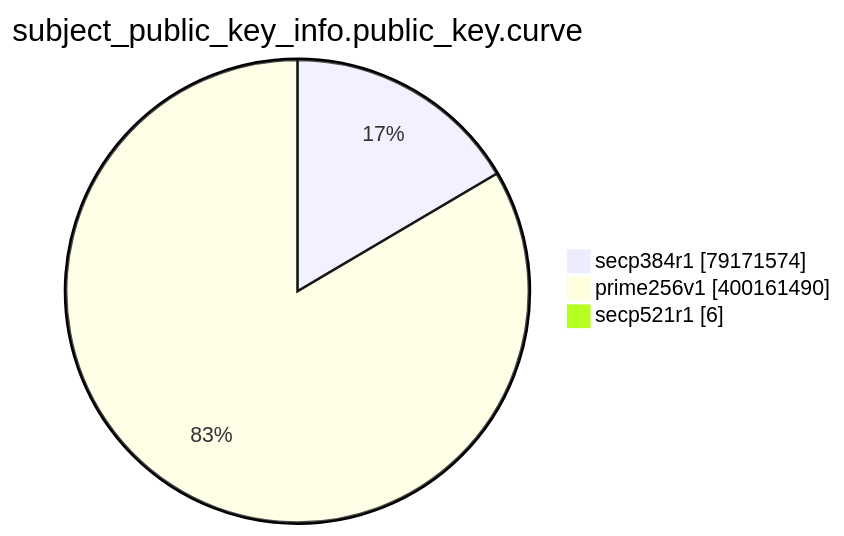
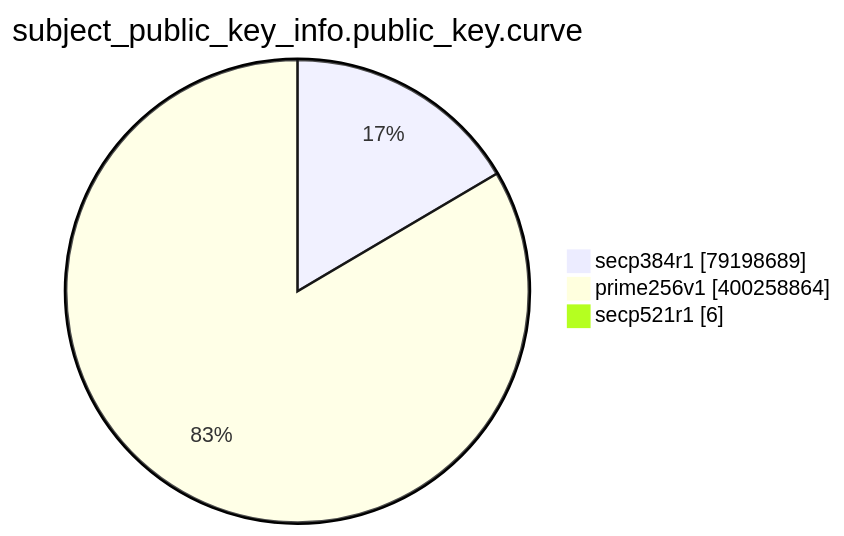
One commit to christiankrug/ctmonitor_visualization changed the eighth of 15 diagrams in TOTAL/README.md. Above: the diagram before and after it, drawn with Mermaid. The commit also changed other lines of this file, not shown here.

````diff
--- a/TOTAL/README.md
+++ b/TOTAL/README.md
@@ -3095,7 +3095,7 @@
 ```mermaid
 pie showData
 title subject_public_key_info.public_key.curve
-"secp384r1" :79171574
-"prime256v1" :400161490
+"secp384r1" :79198689
+"prime256v1" :400258864
 "secp521r1" :6
 ```
````
